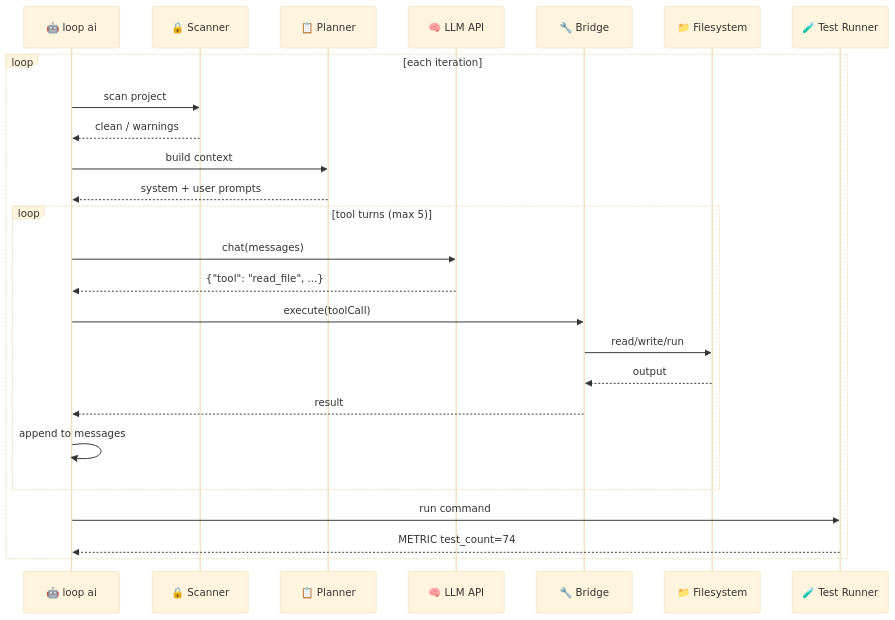
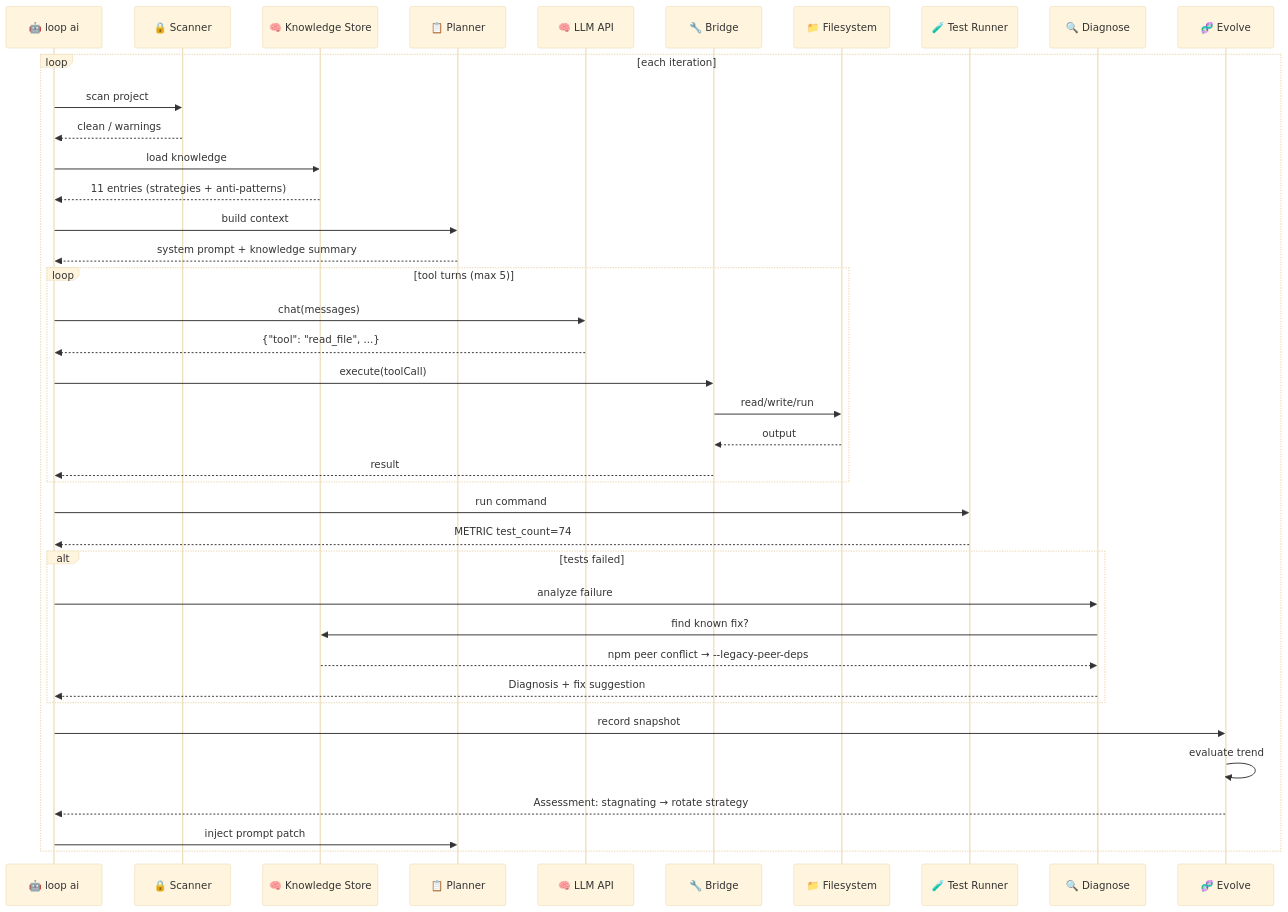
The second of 4 diagrams in README.md (gutchapa/loop_engg), drawn with Mermaid (base theme) before and after one commit. The commit also changed other lines of this file and 1 other file, not shown here.

First line of the commit message:
docs: update README arch diagrams + add CHANGELOG

````diff
--- a/README.md
+++ b/README.md
@@ -94,30 +139,46 @@
 ```mermaid
 sequenceDiagram
     participant AI as 🤖 loop ai
     participant SC as 🔒 Scanner
+    participant KS as 🧠 Knowledge Store
     participant PL as 📋 Planner
     participant LLM as 🧠 LLM API
     participant BR as 🔧 Bridge
     participant FS as 📁 Filesystem
     participant TEST as 🧪 Test Runner
+    participant DIAG as 🔍 Diagnose
+    participant EVO as 🧬 Evolve
 
     loop each iteration
         AI->>SC: scan project
         SC-->>AI: clean / warnings
+        AI->>KS: load knowledge
+        KS-->>AI: 11 entries (strategies + anti-patterns)
         AI->>PL: build context
-        PL-->>AI: system + user prompts
+        PL-->>AI: system prompt + knowledge summary
 
         loop tool turns (max 5)
             AI->>LLM: chat(messages)
             LLM-->>AI: {"tool": "read_file", ...}
             AI->>BR: execute(toolCall)
             BR->>FS: read/write/run
             FS-->>BR: output
             BR-->>AI: result
-            AI->>AI: append to messages
         end
 
         AI->>TEST: run command
         TEST-->>AI: METRIC test_count=74
+
+        alt tests failed
+            AI->>DIAG: analyze failure
+            DIAG->>KS: find known fix?
+            KS-->>DIAG: npm peer conflict → --legacy-peer-deps
+            DIAG-->>AI: Diagnosis + fix suggestion
+        end
+
+        AI->>EVO: record snapshot
+        EVO->>EVO: evaluate trend
+        EVO-->>AI: Assessment: stagnating → rotate strategy
+        AI->>PL: inject prompt patch
     end
 ```
````
